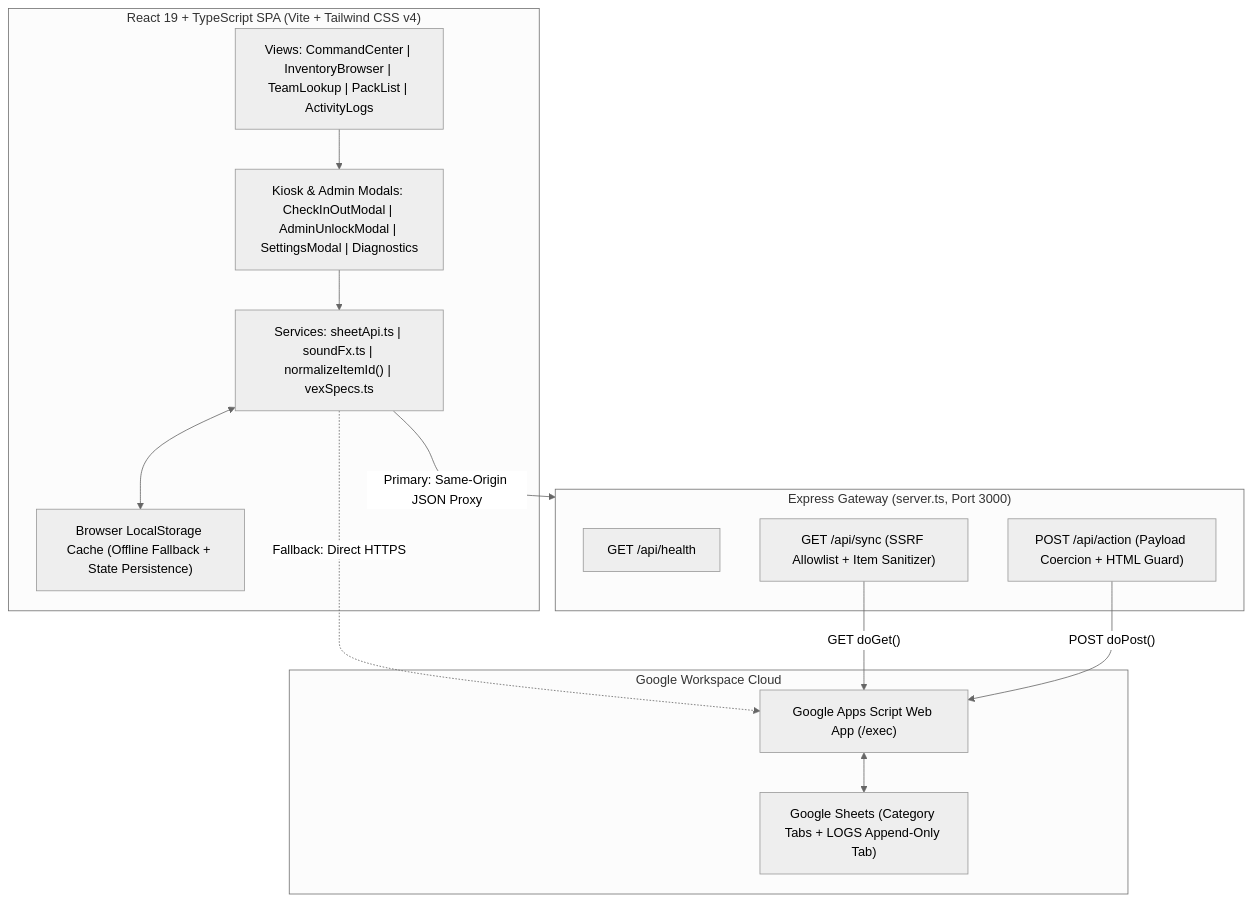
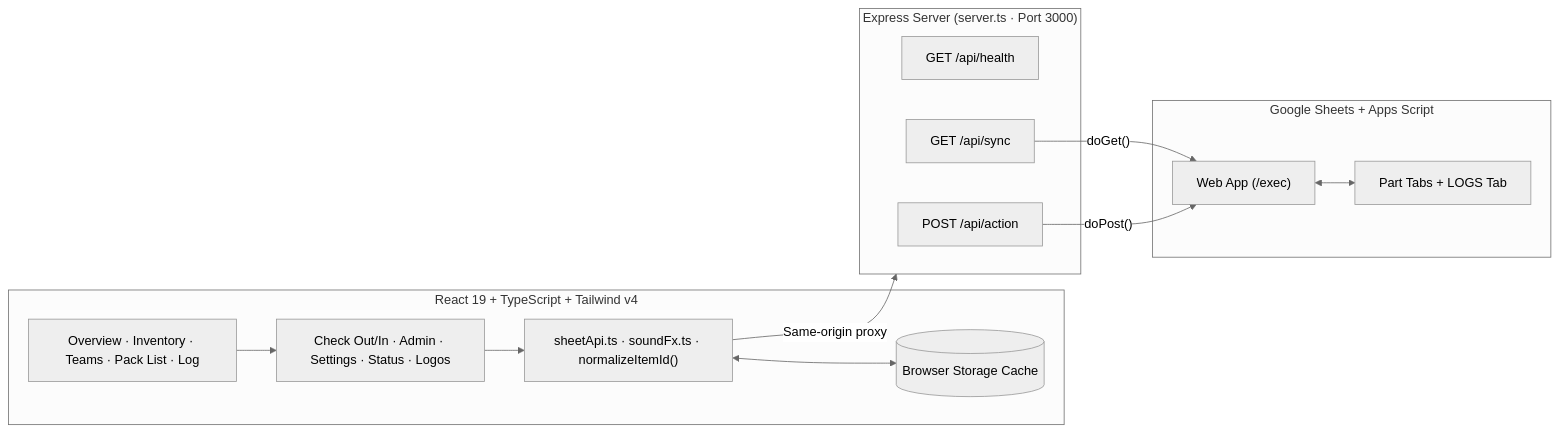
Before and after one commit to AlpineVX/Vex-Inventory-system: the diagram in README.md, drawn with Mermaid (neutral theme). The commit also changed other lines of this file and 9 other files, not shown here.

````diff
--- a/README.md
+++ b/README.md
@@ -90,28 +89,27 @@
 ```mermaid
-flowchart TB
-    subgraph Client["React 19 + TypeScript SPA (Vite + Tailwind CSS v4)"]
-        UI["Views: CommandCenter | InventoryBrowser | TeamLookup | PackList | ActivityLogs"]
-        Modal["Kiosk & Admin Modals: CheckInOutModal | AdminUnlockModal | SettingsModal | Diagnostics"]
-        Engine["Services: sheetApi.ts | soundFx.ts | normalizeItemId() | vexSpecs.ts"]
-        Cache["Browser LocalStorage Cache (Offline Fallback + State Persistence)"]
-        UI --> Modal --> Engine
-        Engine <--> Cache
+flowchart LR
+    subgraph Client["React 19 + TypeScript + Tailwind v4"]
+        Views["Overview · Inventory · Teams · Pack List · Log"]
+        Modals["Check Out/In · Admin · Settings · Status · Logos"]
+        Services["sheetApi.ts · soundFx.ts · normalizeItemId()"]
+        Cache[("Browser Storage Cache")]
+        Views --> Modals --> Services
+        Services <--> Cache
     end
 
-    subgraph Server["Express Gateway (server.ts, Port 3000)"]
+    subgraph Server["Express Server (server.ts · Port 3000)"]
         Health["GET /api/health"]
-        Sync["GET /api/sync (SSRF Allowlist + Item Sanitizer)"]
-        Action["POST /api/action (Payload Coercion + HTML Guard)"]
+        Sync["GET /api/sync"]
+        Action["POST /api/action"]
     end
 
-    subgraph Google["Google Workspace Cloud"]
-        GAS["Google Apps Script Web App (/exec)"]
-        Sheets["Google Sheets (Category Tabs + LOGS Append-Only Tab)"]
-        GAS <--> Sheets
+    subgraph Google["Google Sheets + Apps Script"]
+        GAS["Web App (/exec)"]
+        Tabs["Part Tabs + LOGS Tab"]
+        GAS <--> Tabs
     end
 
-    Engine -->|"Primary: Same-Origin JSON Proxy"| Server
-    Engine -.->|"Fallback: Direct HTTPS"| GAS
-    Sync -->|"GET doGet()"| GAS
-    Action -->|"POST doPost()"| GAS
+    Services -->|"Same-origin proxy"| Server
+    Sync -->|"doGet()"| GAS
+    Action -->|"doPost()"| GAS
 ```
````
